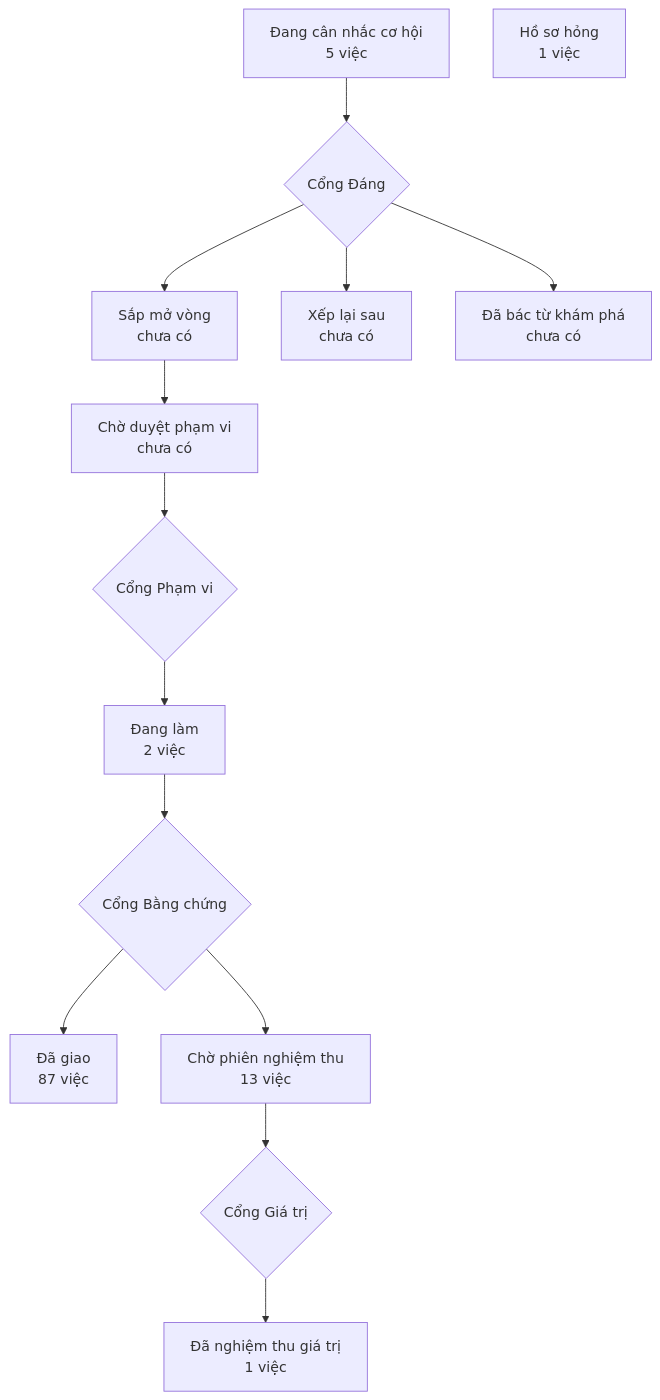
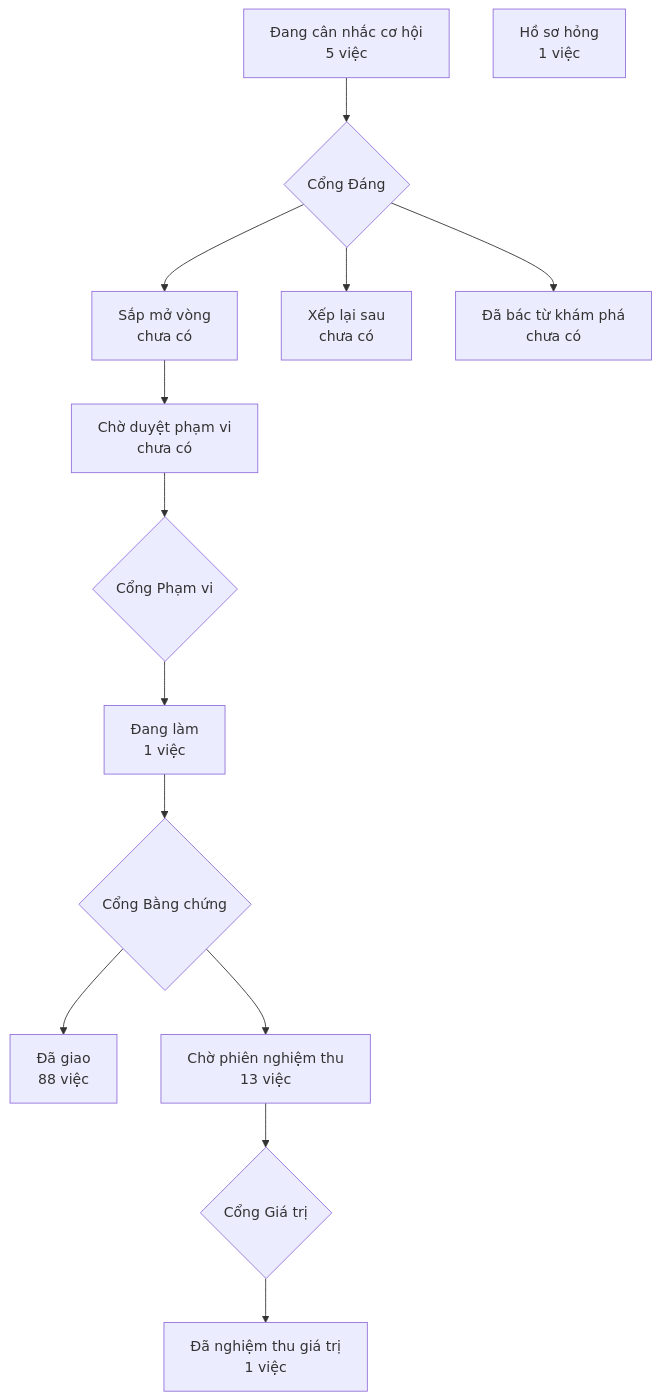
Before and after one commit to phanlemanh/crm-onehub: the diagram in PRODUCT-MAP.md, drawn with Mermaid. The commit also changed 3 other files, not shown here.

````diff
--- a/PRODUCT-MAP.md
+++ b/PRODUCT-MAP.md
@@ -6,13 +6,13 @@
 ```mermaid
 flowchart TD
   A["Đang cân nhắc cơ hội<br/>5 việc"] --> GD{"Cổng Đáng"}
   GD --> B["Sắp mở vòng<br/>chưa có"]
   GD --> XL["Xếp lại sau<br/>chưa có"]
   GD --> DB["Đã bác từ khám phá<br/>chưa có"]
   B --> CD["Chờ duyệt phạm vi<br/>chưa có"] --> GP{"Cổng Phạm vi"}
-  GP --> DL["Đang làm<br/>2 việc"] --> GB{"Cổng Bằng chứng"}
-  GB --> DG["Đã giao<br/>87 việc"]
+  GP --> DL["Đang làm<br/>1 việc"] --> GB{"Cổng Bằng chứng"}
+  GB --> DG["Đã giao<br/>88 việc"]
   GB --> CN["Chờ phiên nghiệm thu<br/>13 việc"] --> GG{"Cổng Giá trị"}
   GG --> NT["Đã nghiệm thu giá trị<br/>1 việc"]
   HS["Hồ sơ hỏng<br/>1 việc"]
 ```
````
